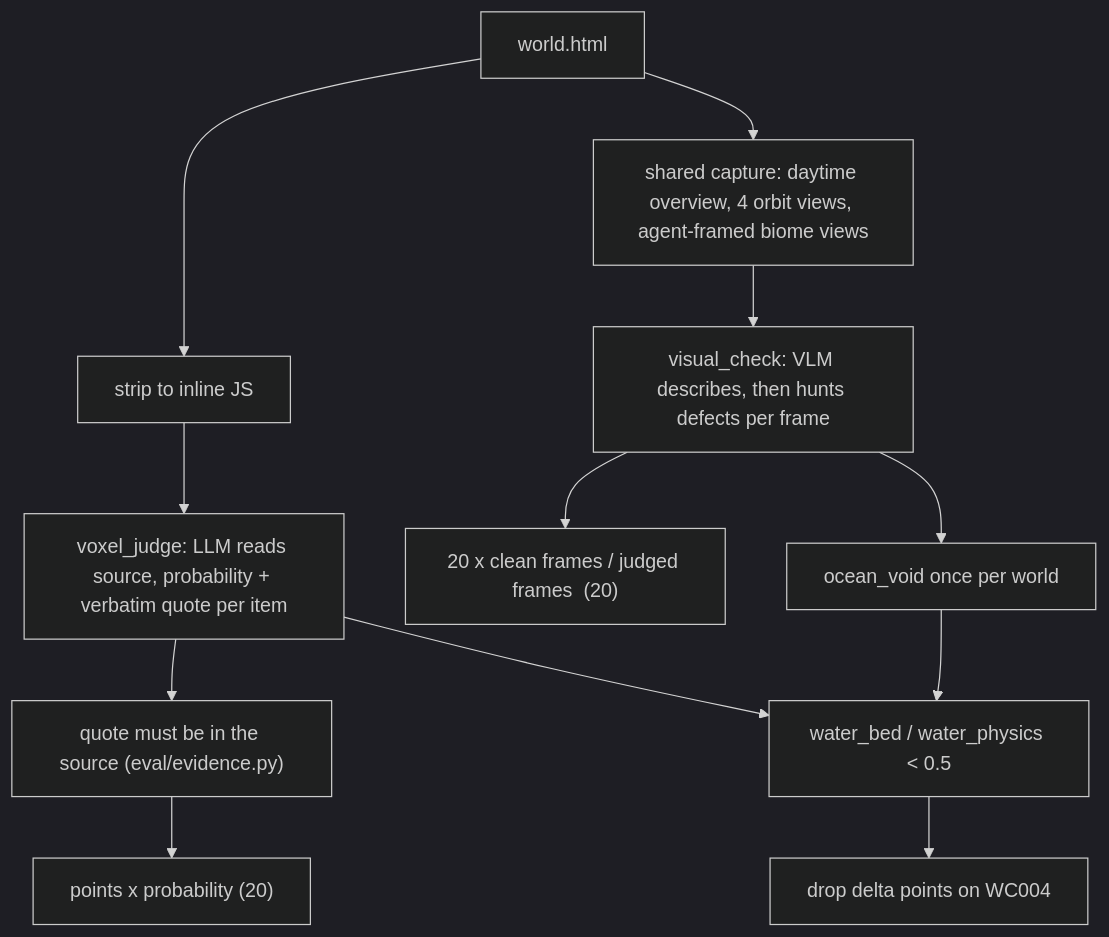
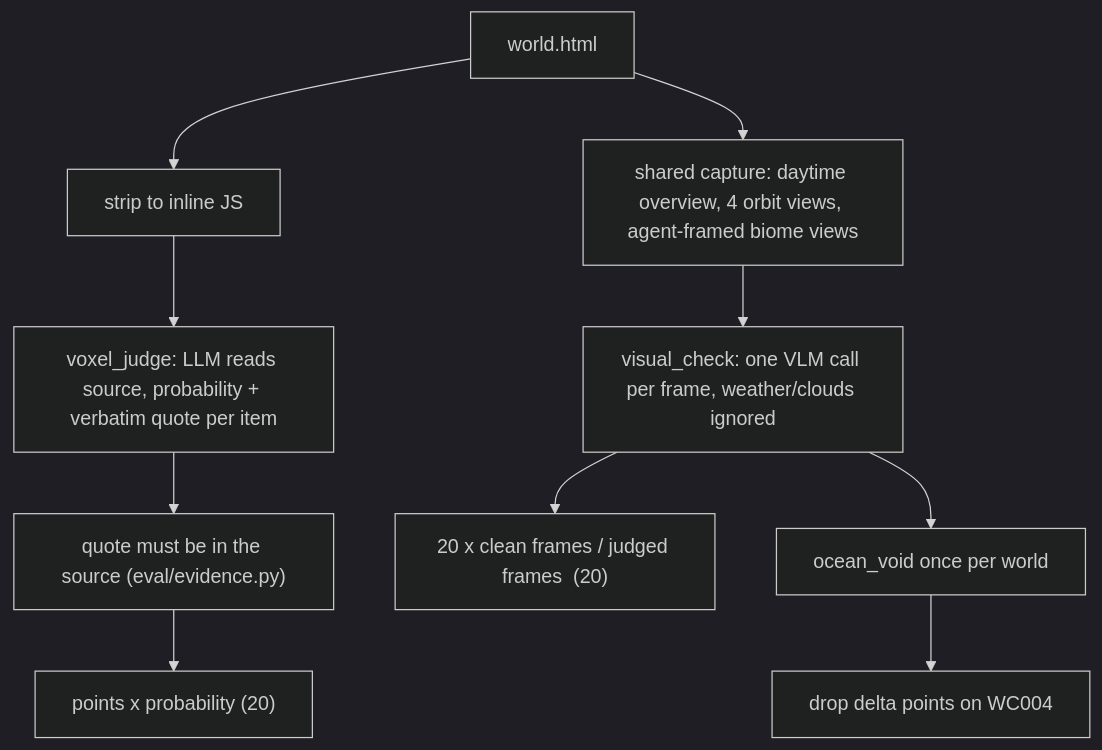
Before and after one commit to KrishBakshi/worldbench: the diagram in tests/WC000_voxel_world/README.md, drawn with Mermaid (dark theme). The commit also changed other lines of this file and 21 other files, not shown here.

````diff
--- a/tests/WC000_voxel_world/README.md
+++ b/tests/WC000_voxel_world/README.md
@@ -9,15 +9,13 @@
 ```mermaid
 flowchart TD
     html["world.html"]
     html --> src["strip to inline JS"]
     src --> judge["voxel_judge: LLM reads source, probability + verbatim quote per item"]
     judge --> verify["quote must be in the source (eval/evidence.py)"]
     verify --> s1["points x probability  (20)"]
     html --> cap["shared capture: daytime overview, 4 orbit views, agent-framed biome views"]
-    cap --> hunt["visual_check: VLM describes, then hunts defects per frame"]
+    cap --> hunt["visual_check: one VLM call per frame, weather/clouds ignored"]
     hunt --> s2["20 x clean frames / judged frames  (20)"]
     hunt --> void["ocean_void once per world"]
-    judge --> gate["water_bed / water_physics < 0.5"]
-    void --> gate
-    gate --> w4["drop delta points on WC004"]
+    void --> w4["drop delta points on WC004"]
 ```
````
